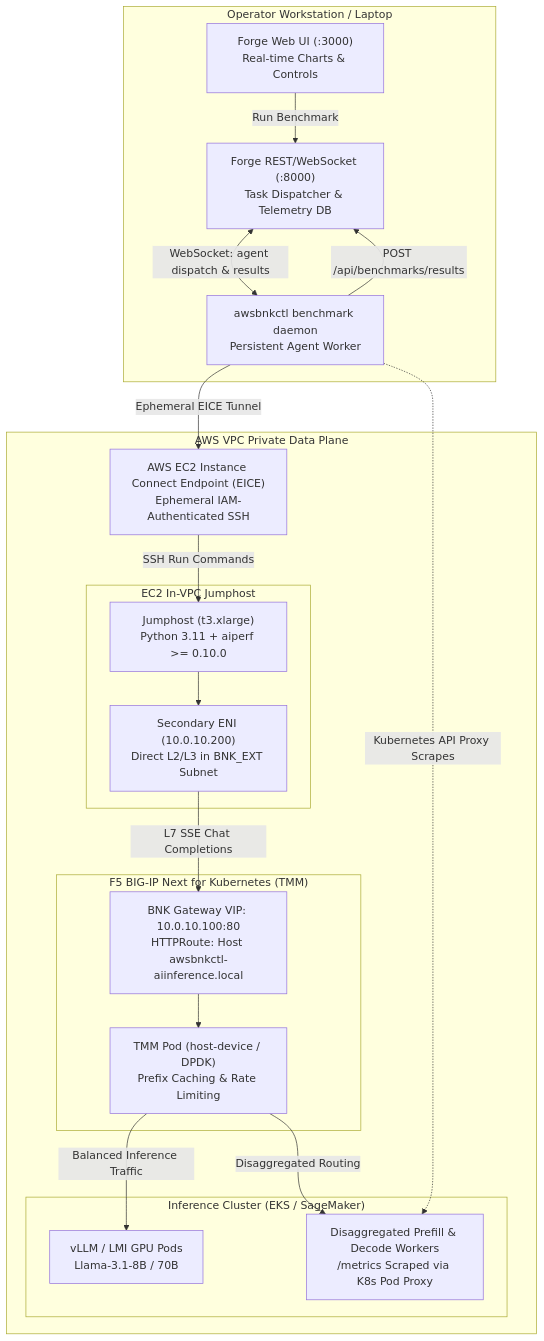
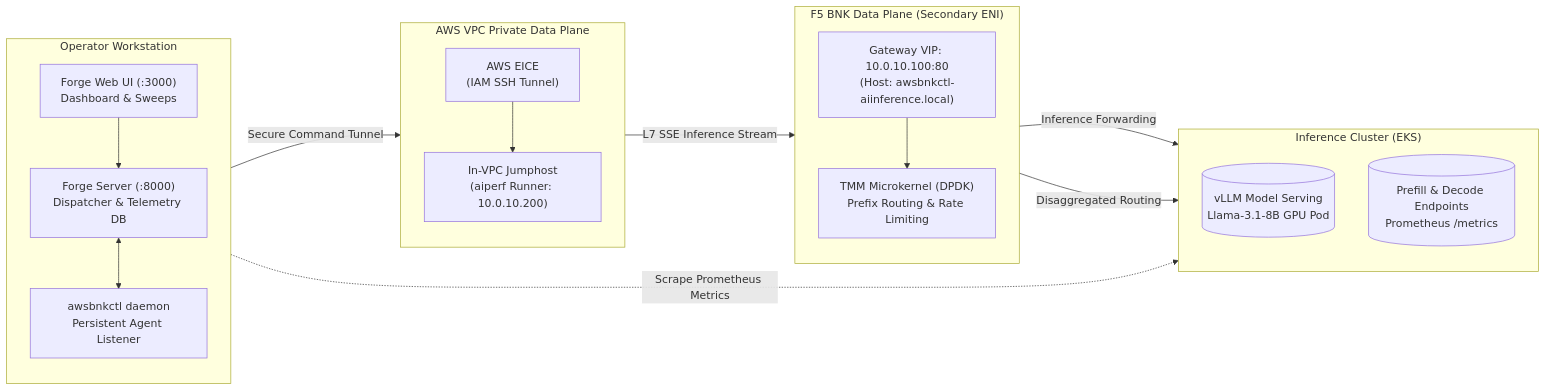
One commit to JLCode-tech/awsbnkctl changed the first of 2 diagrams in docs/BENCHMARKS.md. Above: the diagram before and after it, drawn with Mermaid. The commit also changed other lines of this file and 2 other files, not shown here.

Commit message:
docs: modernize diagrams and remove sales jargon

````diff
--- a/docs/BENCHMARKS.md
+++ b/docs/BENCHMARKS.md
@@ -24,39 +24,37 @@
 ```mermaid
-flowchart TD
-    subgraph Operator["Operator Workstation / Laptop"]
-        UI["Forge Web UI (:3000)<br/>Real-time Charts & Controls"]
-        ForgeAPI["Forge REST/WebSocket (:8000)<br/>Task Dispatcher & Telemetry DB"]
-        Daemon["awsbnkctl benchmark daemon<br/>Persistent Agent Worker"]
+flowchart LR
+    subgraph Operator["Operator Workstation"]
+        direction TB
+        UI["Forge Web UI (:3000)<br/>Dashboard & Sweeps"]
+        Server["Forge Server (:8000)<br/>Dispatcher & Telemetry DB"]
+        Daemon["awsbnkctl daemon<br/>Persistent Agent Listener"]
+        UI --> Server
+        Server <--> Daemon
     end
 
-    subgraph AWSCloud["AWS VPC Private Data Plane"]
-        EICE["AWS EC2 Instance Connect Endpoint (EICE)<br/>Ephemeral IAM-Authenticated SSH"]
-        
-        subgraph JumphostNode["EC2 In-VPC Jumphost"]
-            JH["Jumphost (t3.xlarge)<br/>Python 3.11 + aiperf >= 0.10.0"]
-            JHENI["Secondary ENI (10.0.10.200)<br/>Direct L2/L3 in BNK_EXT Subnet"]
-        end
-
-        subgraph BNKIngress["F5 BIG-IP Next for Kubernetes (TMM)"]
-            VIP["BNK Gateway VIP: 10.0.10.100:80<br/>HTTPRoute: Host awsbnkctl-aiinference.local"]
-            TMM["TMM Pod (host-device / DPDK)<br/>Prefix Caching & Rate Limiting"]
-        end
-
-        subgraph ModelServing["Inference Cluster (EKS / SageMaker)"]
-            vLLM["vLLM / LMI GPU Pods<br/>Llama-3.1-8B / 70B"]
-            EPP["Disaggregated Prefill & Decode Workers<br/>/metrics Scraped via K8s Pod Proxy"]
-        end
+    subgraph VPC["AWS VPC Private Data Plane"]
+        direction TB
+        EICE["AWS EICE<br/>(IAM SSH Tunnel)"]
+        JH["In-VPC Jumphost<br/>(aiperf Runner: 10.0.10.200)"]
+        EICE --> JH
     end
 
-    UI -->|Run Benchmark| ForgeAPI
-    ForgeAPI <-->|WebSocket: agent dispatch & results| Daemon
-    Daemon -->|Ephemeral EICE Tunnel| EICE
-    EICE -->|SSH Run Commands| JH
-    JH --> JHENI
-    JHENI -->|L7 SSE Chat Completions| VIP
-    VIP --> TMM
-    TMM -->|Balanced Inference Traffic| vLLM
+    subgraph Ingress["F5 BNK Data Plane (Secondary ENI)"]
+        direction TB
+        VIP["Gateway VIP: 10.0.10.100:80<br/>(Host: awsbnkctl-aiinference.local)"]
+        TMM["TMM Microkernel (DPDK)<br/>Prefix Routing & Rate Limiting"]
+        VIP --> TMM
+    end
+
+    subgraph Serving["Inference Cluster (EKS)"]
+        direction TB
+        vLLM[("vLLM Model Serving<br/>Llama-3.1-8B GPU Pod")]
+        EPP[("Prefill & Decode Endpoints<br/>Prometheus /metrics")]
+    end
+
+    Daemon -->|Secure Command Tunnel| EICE
+    JH -->|L7 SSE Inference Stream| VIP
+    TMM -->|Inference Forwarding| vLLM
     TMM -->|Disaggregated Routing| EPP
-    Daemon -.->|Kubernetes API Proxy Scrapes| EPP
-    Daemon -->|POST /api/benchmarks/results| ForgeAPI
+    Daemon -.->|Scrape Prometheus Metrics| EPP
 ```
````
